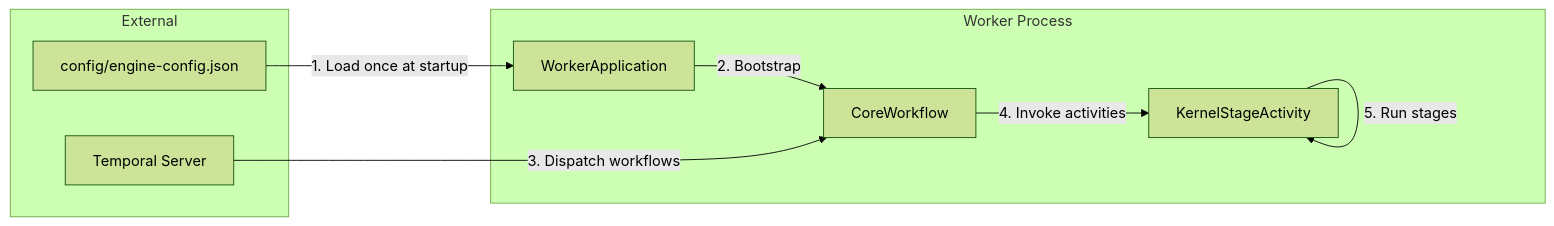
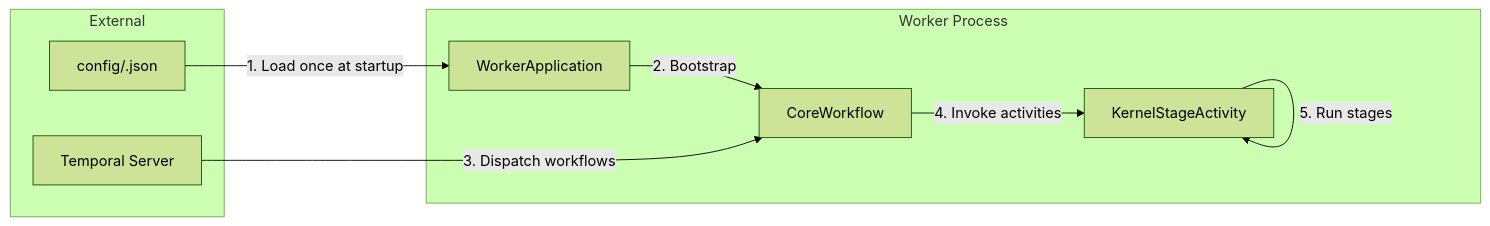
One commit to OpenLLMOrchestrator/Open-LLM-Orchestrator-Worker changed the first of 7 diagrams in docs/architecture.md. Above: the diagram before and after it, drawn with Mermaid (forest theme). The commit also changed other lines of this file and 61 other files, not shown here.

First line of the commit message:
Config by CONFIG_KEY, Redis key format, config file path, examples, docs

````diff
--- a/docs/architecture.md
+++ b/docs/architecture.md
@@ -11,19 +11,19 @@
 ```mermaid
 flowchart LR
     subgraph External["External"]
         Temporal[Temporal Server]
-        ConfigFile["config/engine-config.json"]
+        ConfigFile["config/<CONFIG_KEY>.json"]
     end
 
     subgraph Worker["Worker Process"]
         App[WorkerApplication]
         WF[CoreWorkflow]
         Act[KernelStageActivity]
     end
 
     ConfigFile -->|"1. Load once at startup"| App
     App -->|"2. Bootstrap"| WF
     Temporal -->|"3. Dispatch workflows"| WF
     WF -->|"4. Invoke activities"| Act
     Act -->|"5. Run stages"| Act
 ```
````
